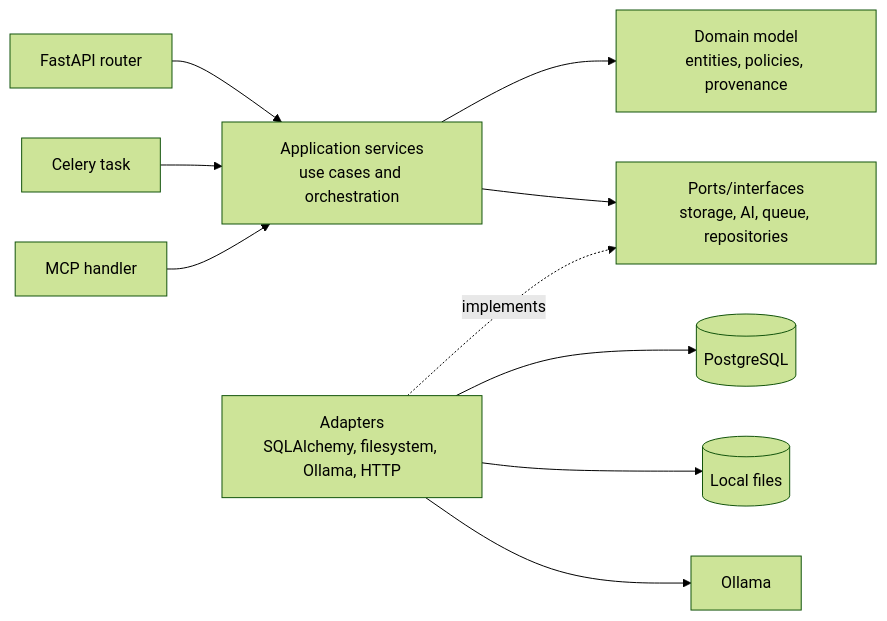
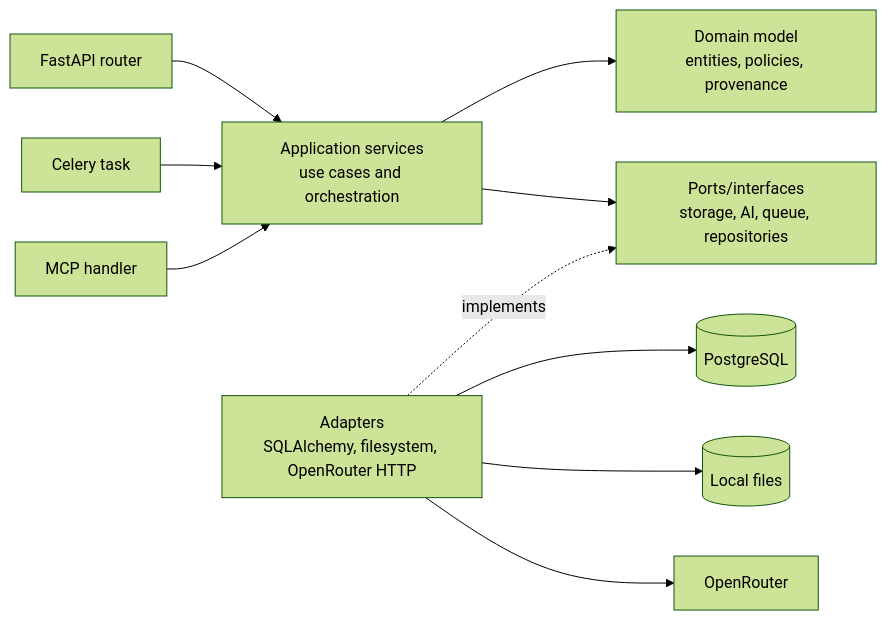
One commit to marcel-breuer/thought-harbor changed the third of 4 diagrams in docs/architecture/overview.md. Above: the diagram before and after it, drawn with Mermaid (forest theme). The commit also changed other lines of this file and 37 other files, not shown here.

Commit message:
feat: route AI generation through OpenRouter

````diff
--- a/docs/architecture/overview.md
+++ b/docs/architecture/overview.md
@@ -126,23 +126,23 @@
 ```mermaid
 flowchart LR
     router[FastAPI router]
     task[Celery task]
     handler[MCP handler]
     services["Application services\nuse cases and orchestration"]
     domain["Domain model\nentities, policies, provenance"]
     ports["Ports/interfaces\nstorage, AI, queue, repositories"]
-    adapters["Adapters\nSQLAlchemy, filesystem, Ollama, HTTP"]
+    adapters["Adapters\nSQLAlchemy, filesystem, OpenRouter HTTP"]
     db[(PostgreSQL)]
     fs[(Local files)]
-    ollama[Ollama]
+    openrouter[OpenRouter]
 
     router --> services
     task --> services
     handler --> services
     services --> domain
     services --> ports
     adapters -.implements.-> ports
     adapters --> db
     adapters --> fs
-    adapters --> ollama
+    adapters --> openrouter
 ```
````
